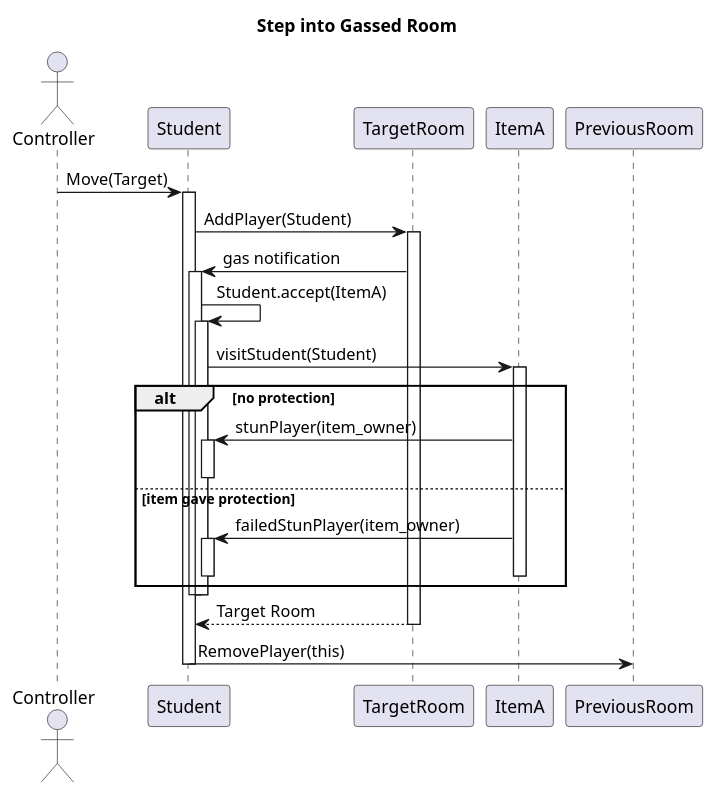
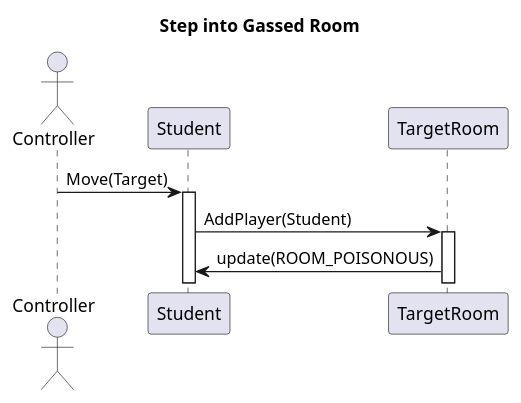
One commit to MBakter/echo changed the diagram in docs/player_steps_in_gas.plantuml. Above: the diagram before and after it, drawn with PlantUML. The commit also changed 10 other files, not shown here.

Commit message:
Updated sequenceDiagrams

```diff
--- a/docs/player_steps_in_gas.plantuml
+++ b/docs/player_steps_in_gas.plantuml
@@ -2,45 +2,14 @@
 @startuml
 title Step into Gassed Room
 actor Controller
  
 
  
     Controller -> Student : Move(Target)
 activate Student
     Student -> TargetRoom : AddPlayer(Student)
     activate TargetRoom
-/'     TargetRoom -> EventManager : subscribe (event, Student) '/
-
-    
-        TargetRoom -> Student : gas notification
-        activate Student
-            Student -> Student : Student.accept(ItemA)
-            activate Student
-                Student -> ItemA : visitStudent(Student)
-                activate ItemA
-                    alt no protection
-                        Student <- ItemA : stunPlayer(item_owner)
-                        activate Student
-
-                        deactivate Student
-                    else  item gave protection
-                        Student <- ItemA : failedStunPlayer(item_owner)
-                        activate Student
-                deactivate ItemA
-                        deactivate Student
-                    end
-            deactivate Student
-
-                /' Student <- ItemA '/
-        deactivate Student
-
-        TargetRoom --> Student : Target Room
-    deactivate TargetRoom
+    TargetRoom -> Student : update(ROOM_POISONOUS)
 
 
-    Student -> PreviousRoom : RemovePlayer(this)
-
-
-deactivate Student
-
 @enduml
```
